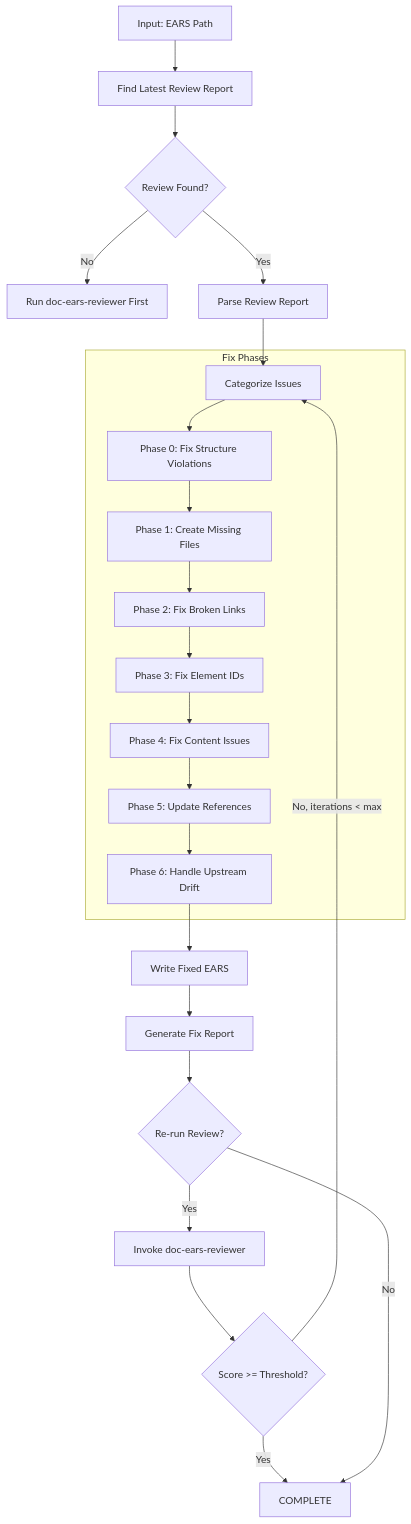
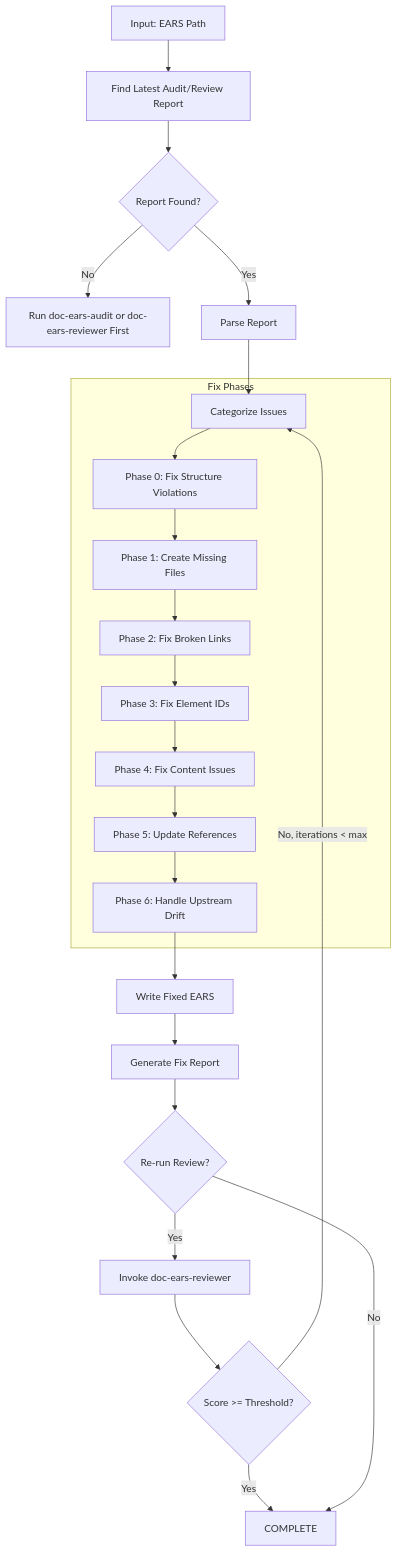
Before and after one commit to vladm3105/aidoc-flow-framework: the first of 2 diagrams in .claude/skills/doc-ears-fixer/SKILL.md, drawn with Mermaid. The commit also changed other lines of this file and 6 other files, not shown here.

Commit message:
docs(skills): complete EARS audit-wrapper parity implementation

````diff
--- a/.claude/skills/doc-ears-fixer/SKILL.md
+++ b/.claude/skills/doc-ears-fixer/SKILL.md
@@ -66,28 +68,28 @@
 ```mermaid
 flowchart TD
-    A[Input: EARS Path] --> B[Find Latest Review Report]
-    B --> C{Review Found?}
-    C -->|No| D[Run doc-ears-reviewer First]
-    C -->|Yes| E[Parse Review Report]
+  A[Input: EARS Path] --> B[Find Latest Audit/Review Report]
+  B --> C{Report Found?}
+  C -->|No| D[Run doc-ears-audit or doc-ears-reviewer First]
+  C -->|Yes| E[Parse Report]
 
     E --> F[Categorize Issues]
 
     subgraph FixPhases["Fix Phases"]
         F --> F0[Phase 0: Fix Structure Violations]
         F0 --> G[Phase 1: Create Missing Files]
         G --> H[Phase 2: Fix Broken Links]
         H --> I[Phase 3: Fix Element IDs]
         I --> J[Phase 4: Fix Content Issues]
         J --> K[Phase 5: Update References]
         K --> K2[Phase 6: Handle Upstream Drift]
     end
 
     K2 --> L[Write Fixed EARS]
     L --> M[Generate Fix Report]
     M --> N{Re-run Review?}
     N -->|Yes| O[Invoke doc-ears-reviewer]
     O --> P{Score >= Threshold?}
     P -->|No, iterations < max| F
     P -->|Yes| Q[COMPLETE]
     N -->|No| Q
 ```
````
